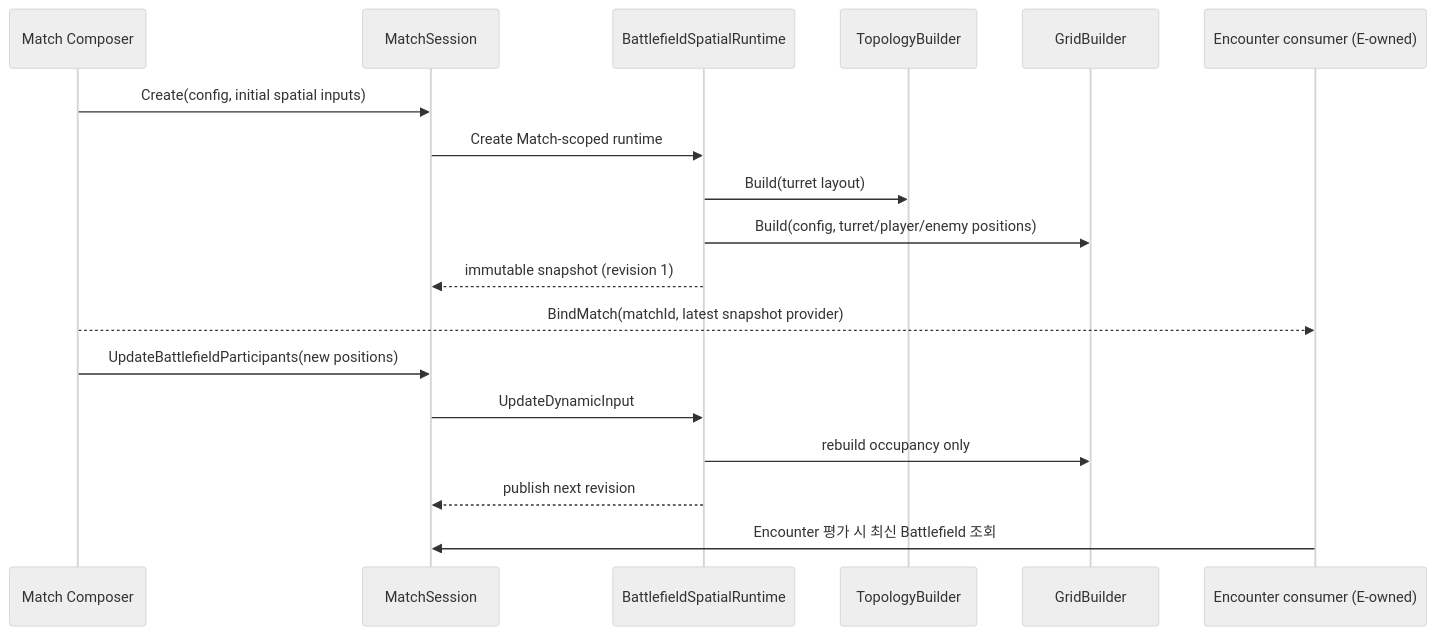
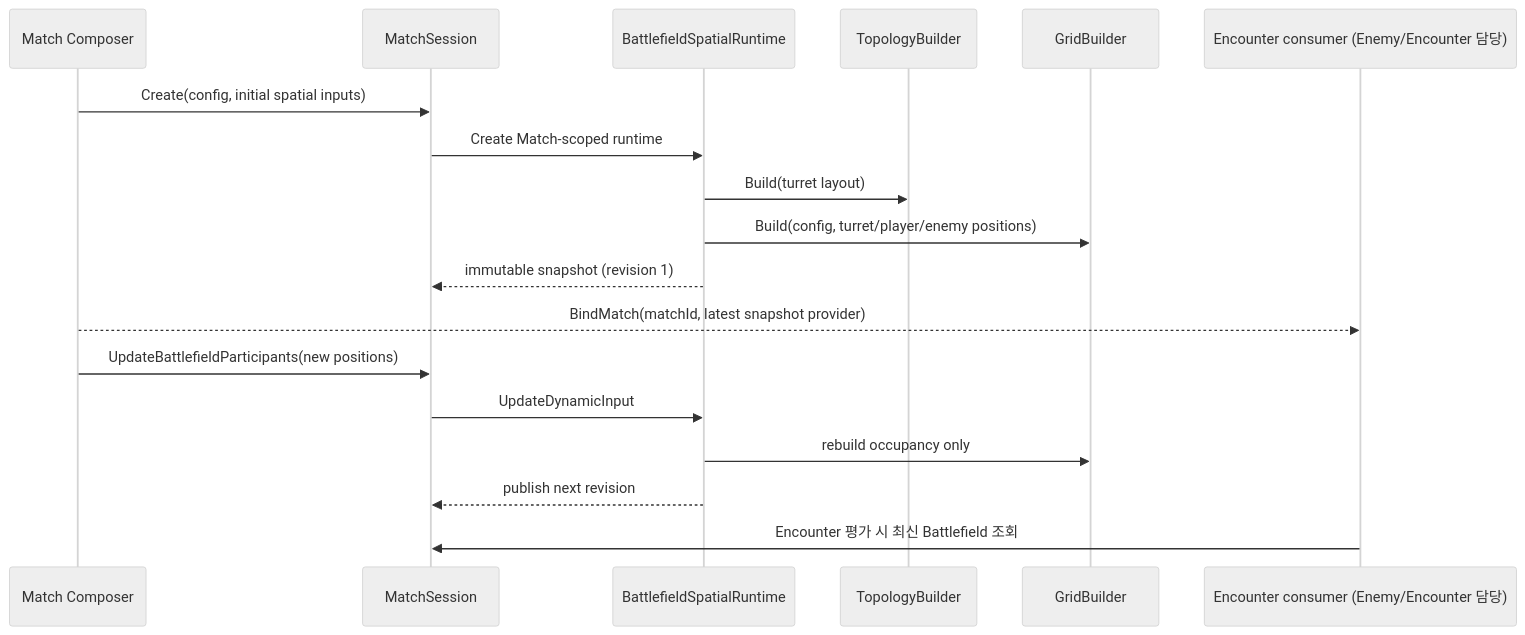
Before and after one commit to Team-HJD-21/unity-6-the-developer: the fourth of 4 diagrams in Assets/Scripts/Core/README.md, drawn with Mermaid (neutral theme). The commit also changed other lines of this file and 17 other files, not shown here.

````diff
--- a/Assets/Scripts/Core/README.md
+++ b/Assets/Scripts/Core/README.md
@@ -334,20 +334,20 @@
 ```mermaid
 sequenceDiagram
     participant C as Match Composer
     participant S as MatchSession
     participant R as BattlefieldSpatialRuntime
     participant T as TopologyBuilder
     participant G as GridBuilder
-    participant E as Encounter consumer (E-owned)
+    participant E as Encounter consumer (Enemy/Encounter 담당)
     C->>S: Create(config, initial spatial inputs)
     S->>R: Create Match-scoped runtime
     R->>T: Build(turret layout)
     R->>G: Build(config, turret/player/enemy positions)
     R-->>S: immutable snapshot (revision 1)
     C-->>E: BindMatch(matchId, latest snapshot provider)
     C->>S: UpdateBattlefieldParticipants(new positions)
     S->>R: UpdateDynamicInput
     R->>G: rebuild occupancy only
     R-->>S: publish next revision
     E->>S: Encounter 평가 시 최신 Battlefield 조회
 ```
````
